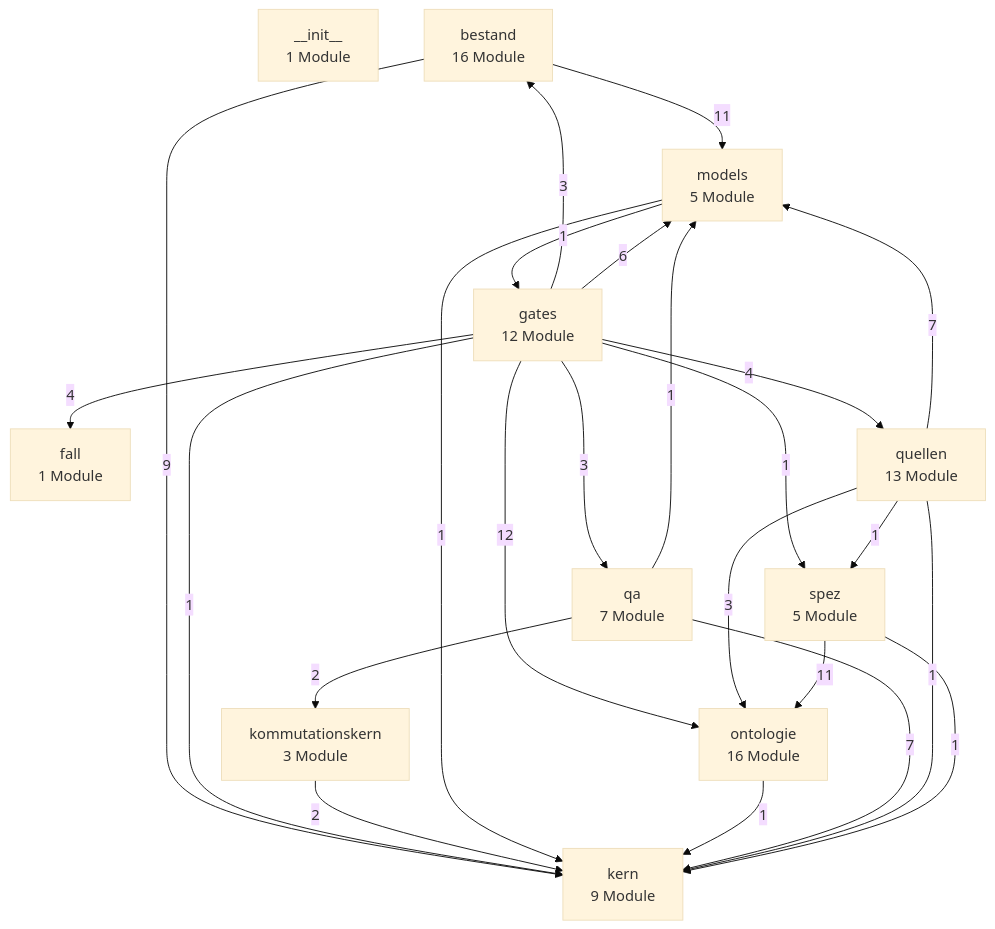
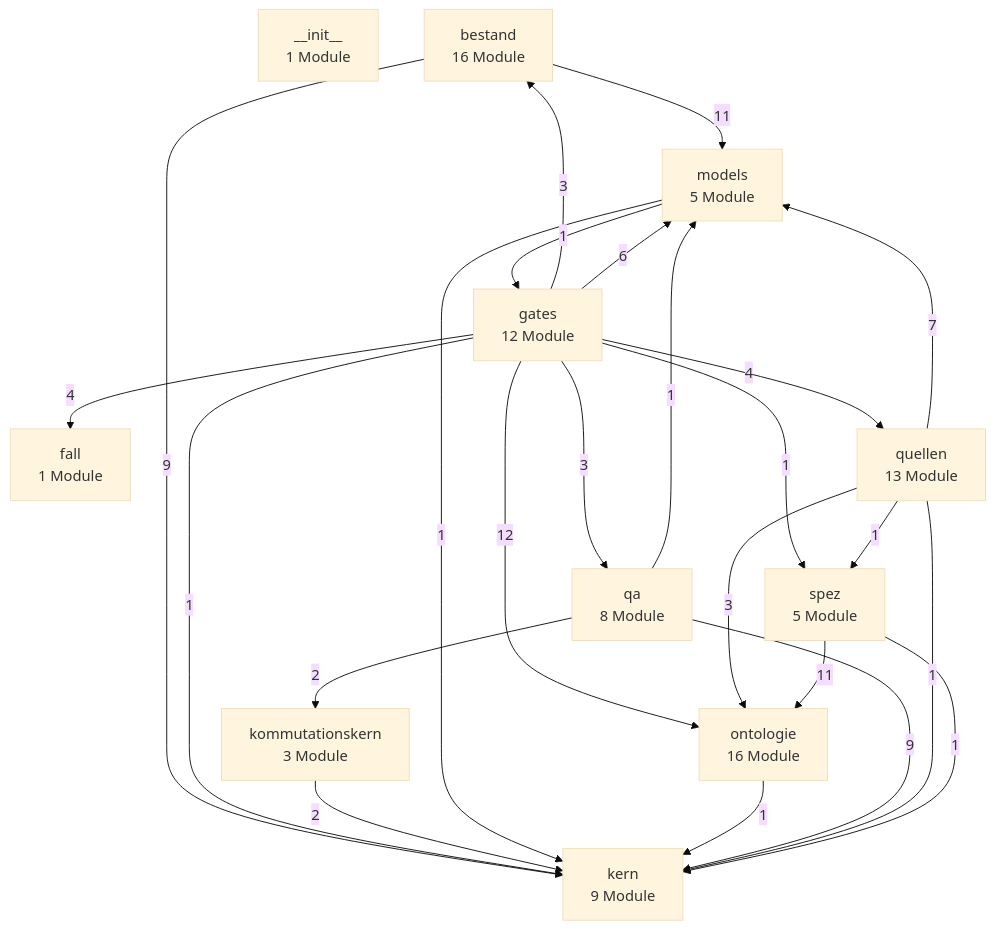
The first of 3 diagrams in docs/architektur/landkarte.md (bartlmac/rechner-pipeline), drawn with Mermaid (base theme) before and after one commit. The commit also changed other lines of this file and 2 other files, not shown here.

Commit message:
feat(qa): aktuarieller Test — Wertvergleich je Vertrag am eigenen t_a (ADR-010, N1)
Die Test-Engine setzt die drei ADR-010-Invarianten im Code durch: Der
Vergleichszeitpunkt ist ein Vertragsattribut (monate_ta), kein
Suite-Parameter; ein unterjaehriges t_a ist ein harter Fehler statt
einer Interpolation (gerechnet wird ausschliesslich am Rechenpunkt,
bit-identisch zur Jahres-Verlaufszeile); und es gibt keine Summation
der Vergleichsgroessen — die Engine kennt nur Verteilungsgroessen der
|Residuen| (Maximum, hohe Perzentile, Betragssumme der Abweichungen),
geclustert nach Historientyp.

Vollstaendig heisst hier: die Stichprobe (qa.stichprobe) wurde exakt
abgearbeitet — fehlende wie ueberzaehlige Auftraege sind Mengenbefunde,
die Nichtpruefung der Nicht-Stichprobe ist per Definition keiner.
Mitgelieferte Pruefsummen laufen als Transportsicherung getrennt durch
und fliessen nie in das fachliche Urteil ein. Das methodische Residuum
R bleibt ein benannter, leerer Platz (Korrekturschicht ist bewusst
nicht Bestandteil von ADR-010). Toleranzen kommen unveraendert aus
qa.abzugsabgleich. Kranke Lieferdaten werden je Vertrag isoliert.

Generated with Claude Code

````diff
--- a/docs/architektur/landkarte.md
+++ b/docs/architektur/landkarte.md
@@ -27,38 +27,38 @@
 ```mermaid
 %% Schichten — erzeugt von ontologie.landkarte
 flowchart TD
     n__init__["__init__<br/>1 Module"]
     bestand["bestand<br/>16 Module"]
     fall["fall<br/>1 Module"]
     gates["gates<br/>12 Module"]
     kern["kern<br/>9 Module"]
     kommutationskern["kommutationskern<br/>3 Module"]
     models["models<br/>5 Module"]
     ontologie["ontologie<br/>16 Module"]
-    qa["qa<br/>7 Module"]
+    qa["qa<br/>8 Module"]
     quellen["quellen<br/>13 Module"]
     spez["spez<br/>5 Module"]
     bestand -- 9 --> kern
     bestand -- 11 --> models
     gates -- 3 --> bestand
     gates -- 4 --> fall
     gates -- 1 --> kern
     gates -- 6 --> models
     gates -- 12 --> ontologie
     gates -- 3 --> qa
     gates -- 4 --> quellen
     gates -- 1 --> spez
     kommutationskern -- 2 --> kern
     models -- 1 --> gates
     models -- 1 --> kern
     ontologie -- 1 --> kern
-    qa -- 7 --> kern
+    qa -- 9 --> kern
     qa -- 2 --> kommutationskern
     qa -- 1 --> models
     quellen -- 1 --> kern
     quellen -- 7 --> models
     quellen -- 3 --> ontologie
     quellen -- 1 --> spez
     spez -- 1 --> kern
     spez -- 11 --> ontologie
 ```
````
